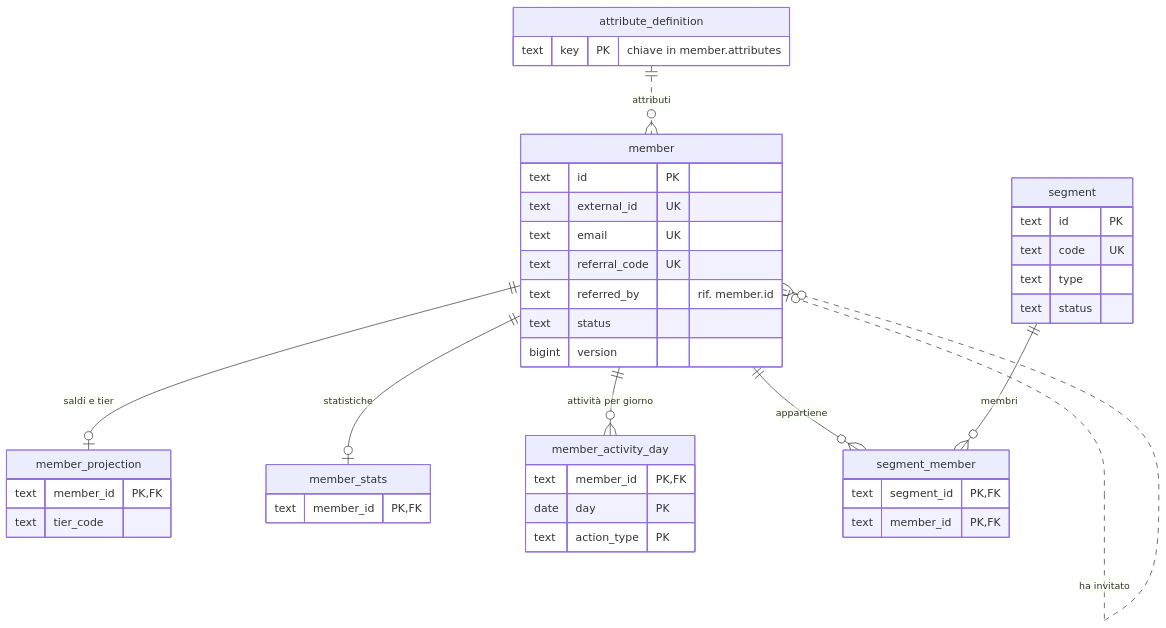
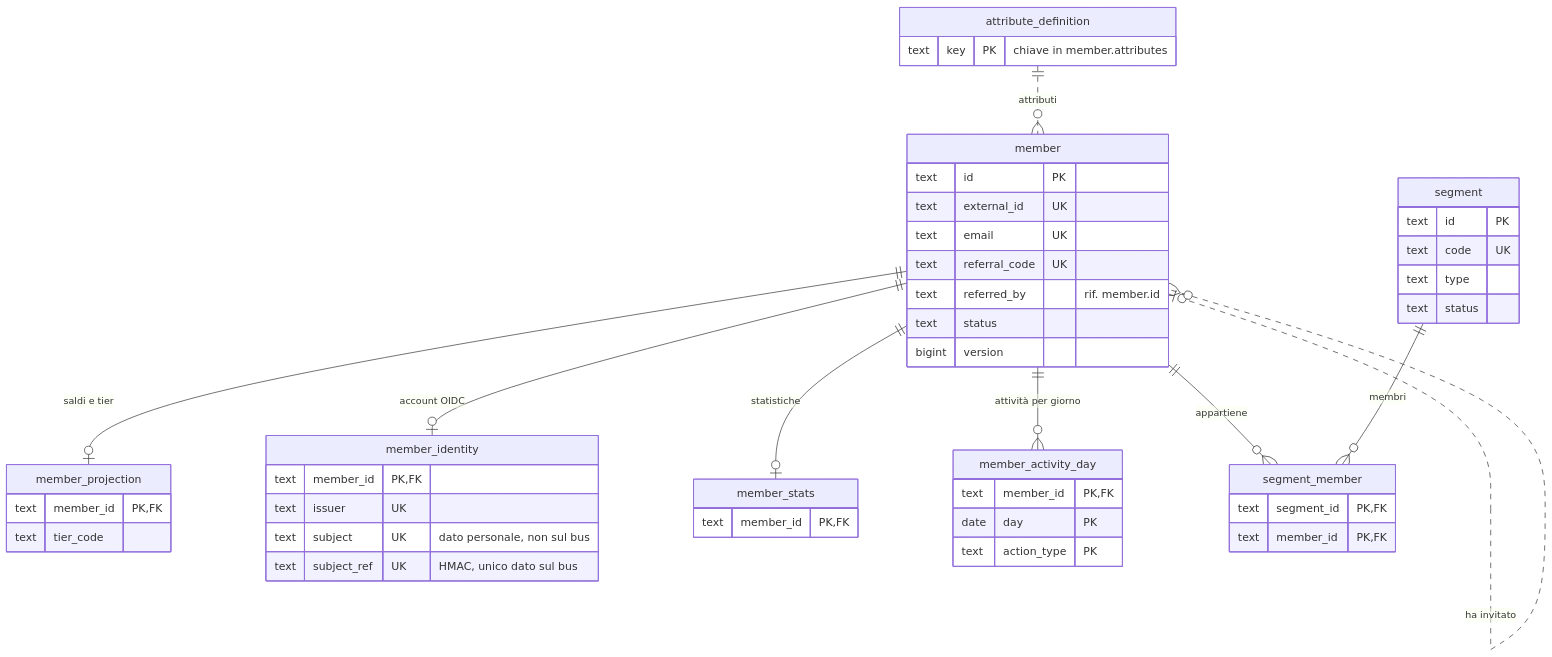
Before and after one commit to peppe-ruv/Loyalty_Sys: the first of 3 diagrams in docs/servizi/member-service.md, drawn with Mermaid. The commit also changed other lines of this file and 28 other files, not shown here.

First line of the commit message:
feat(member): legame account↔membro e registrazione dal portale [F2-IAM-03, F2-SEC-09, ADR-048, Q-157, Q-551]

````diff
--- a/docs/servizi/member-service.md
+++ b/docs/servizi/member-service.md
@@ -22,46 +23,53 @@
 ```mermaid
 erDiagram
   accTitle: Tabelle dello schema member
-  accDescr: Il membro ha una proiezione di saldi e tier, le statistiche di attività, i contatori giornalieri e le appartenenze ai segmenti; un membro può essere invitato da un altro; le definizioni degli attributi descrivono le chiavi di member.attributes.
+  accDescr: Il membro ha una proiezione di saldi e tier, le statistiche di attività, i contatori giornalieri, le appartenenze ai segmenti e, se si è registrato dal portale, un legame con l'account OIDC; un membro può essere invitato da un altro; le definizioni degli attributi descrivono le chiavi di member.attributes.
   member {
     text id PK
     text external_id UK
     text email UK
     text referral_code UK
     text referred_by "rif. member.id"
     text status
     bigint version
   }
   member_projection {
     text member_id PK, FK
     text tier_code
+  }
+  member_identity {
+    text member_id PK, FK
+    text issuer UK
+    text subject UK "dato personale, non sul bus"
+    text subject_ref UK "HMAC, unico dato sul bus"
   }
   member_stats {
     text member_id PK, FK
   }
   member_activity_day {
     text member_id PK, FK
     date day PK
     text action_type PK
   }
   segment {
     text id PK
     text code UK
     text type
     text status
   }
   segment_member {
     text segment_id PK, FK
     text member_id PK, FK
   }
   attribute_definition {
     text key PK "chiave in member.attributes"
   }
   member ||--o| member_projection : "saldi e tier"
+  member ||--o| member_identity : "account OIDC"
   member ||--o| member_stats : "statistiche"
   member ||--o{ member_activity_day : "attività per giorno"
   member ||--o{ segment_member : "appartiene"
   segment ||--o{ segment_member : "membri"
   member |o..o{ member : "ha invitato"
   attribute_definition ||..o{ member : "attributi"
 ```
````
